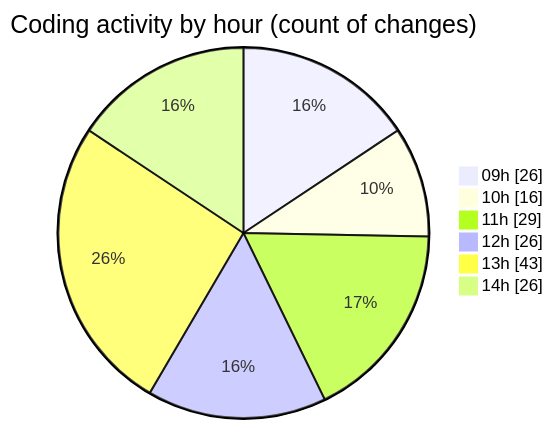
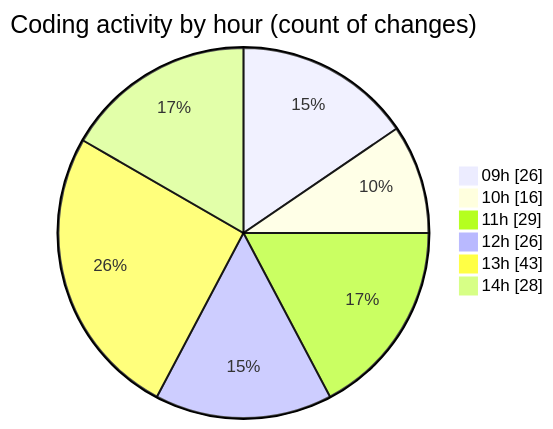
Before and after one commit to momahboobian/code-tracking: the second of 2 diagrams in 2025-11-17/cda/README.md, drawn with Mermaid. The commit also changed other lines of this file and 1 other file, not shown here.

````diff
--- a/2025-11-17/cda/README.md
+++ b/2025-11-17/cda/README.md
@@ -41,10 +41,10 @@
 ```mermaid
 pie showData
 title Coding activity by hour (count of changes)
 "09h" : 26
 "10h" : 16
 "11h" : 29
 "12h" : 26
 "13h" : 43
-"14h" : 26
+"14h" : 28
 ```
````
